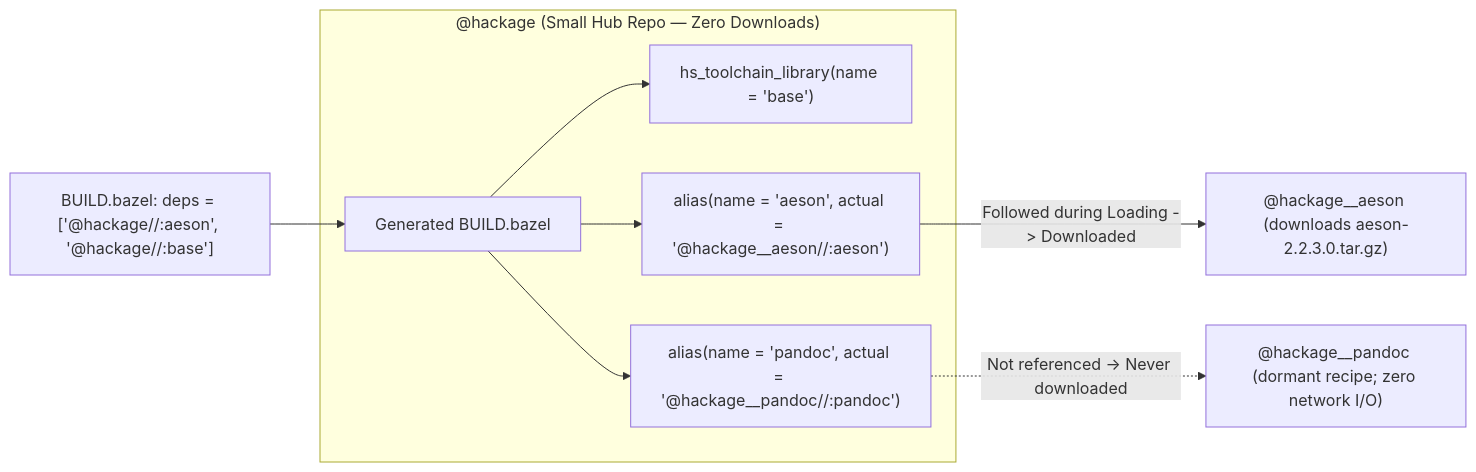
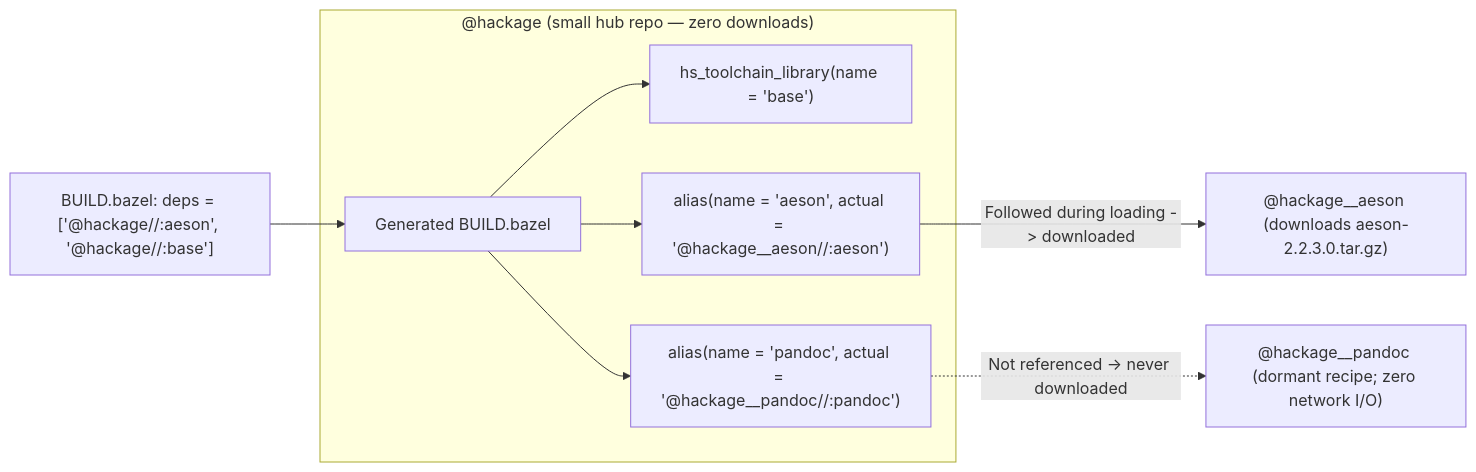
The second of 4 diagrams in docs/content/internals/bazel-rules-primer.md (kaycebasques/hs), drawn with Mermaid before and after one commit. The commit also changed other lines of this file and 33 other files, not shown here.

````diff
--- a/docs/content/internals/bazel-rules-primer.md
+++ b/docs/content/internals/bazel-rules-primer.md
@@ -254,17 +247,17 @@
 ```mermaid
 flowchart LR
     USER["BUILD.bazel: deps = ['@hackage//:aeson', '@hackage//:base']"] --> HUB
 
-    subgraph HubRepo["@hackage (Small Hub Repo — Zero Downloads)"]
+    subgraph HubRepo["@hackage (small hub repo — zero downloads)"]
         HUB["Generated BUILD.bazel"]
         B1["hs_toolchain_library(name = 'base')"]
         A1["alias(name = 'aeson', actual = '@hackage__aeson//:aeson')"]
         A2["alias(name = 'pandoc', actual = '@hackage__pandoc//:pandoc')"]
         HUB --> B1
         HUB --> A1
         HUB --> A2
     end
 
-    A1 -->|"Followed during Loading -> Downloaded"| SPOKE1["@hackage__aeson (downloads aeson-2.2.3.0.tar.gz)"]
-    A2 -.->|"Not referenced -> Never downloaded"| SPOKE2["@hackage__pandoc (dormant recipe; zero network I/O)"]
+    A1 -->|"Followed during loading -> downloaded"| SPOKE1["@hackage__aeson (downloads aeson-2.2.3.0.tar.gz)"]
+    A2 -.->|"Not referenced -> never downloaded"| SPOKE2["@hackage__pandoc (dormant recipe; zero network I/O)"]
 ```
````
